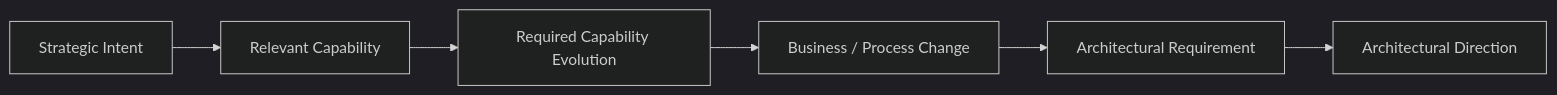
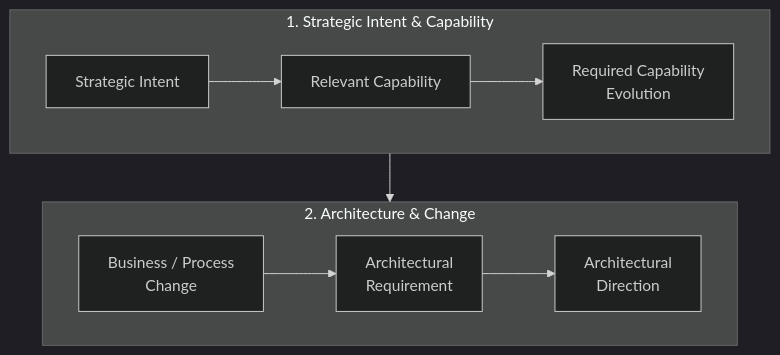
The fourth of 16 diagrams in docs/sop/02-target-architecture.md (avfranco-br/portfolio), drawn with Mermaid (dark theme) before and after one commit. The commit also changed other lines of this file and 10 other files, not shown here.

Commit message:
Refactor Mermaid diagrams across SOP and methods documentation for legibility

````diff
--- a/docs/sop/02-target-architecture.md
+++ b/docs/sop/02-target-architecture.md
@@ -334,14 +349,16 @@
 ```mermaid
-flowchart LR
-    A["Strategic Intent"]
-    B["Relevant Capability"]
-    C["Required Capability Evolution"]
-    D["Business / Process Change"]
-    E["Architectural Requirement"]
-    F["Architectural Direction"]
-    A --> B
-    B --> C
+flowchart TD
+    subgraph Intent["1. Strategic Intent & Capability"]
+        direction LR
+        A["Strategic Intent"] --> B["Relevant Capability"]
+        B --> C["Required Capability<br/>Evolution"]
+    end
+
+    subgraph Architecture["2. Architecture & Change"]
+        direction LR
+        D["Business / Process<br/>Change"] --> E["Architectural<br/>Requirement"]
+        E --> F["Architectural<br/>Direction"]
+    end
+
     C --> D
-    D --> E
-    E --> F
 ```
````
